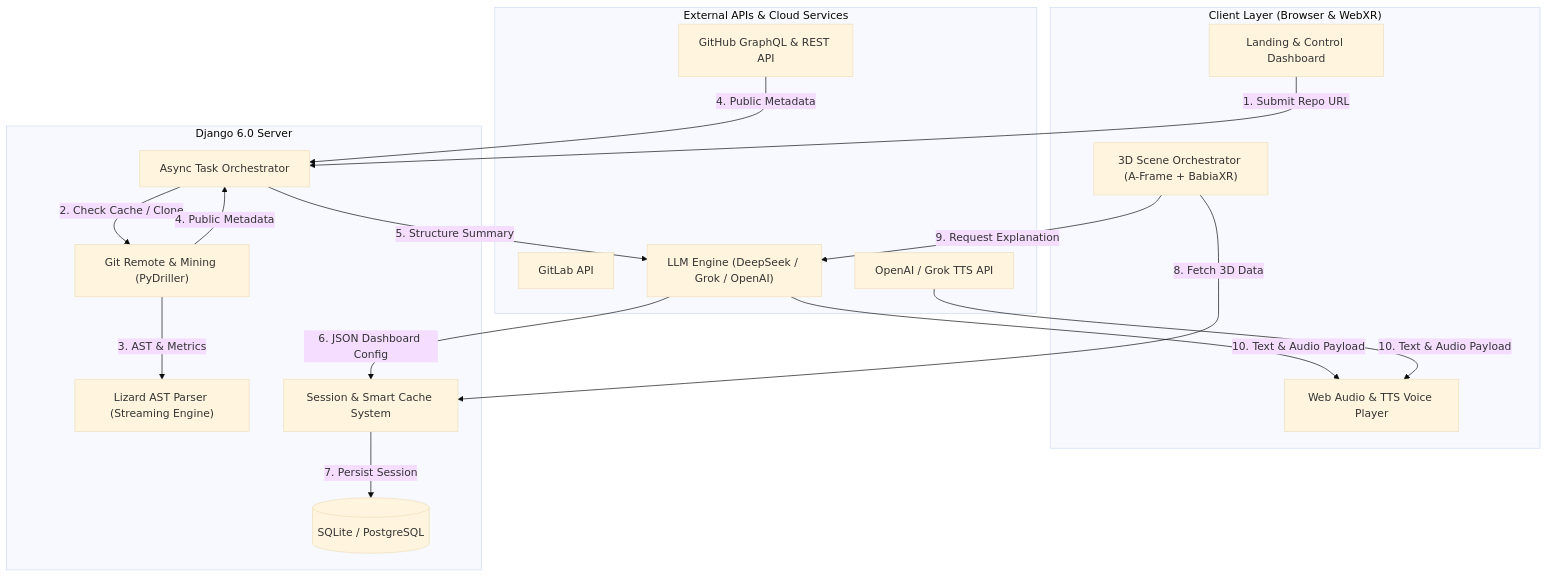
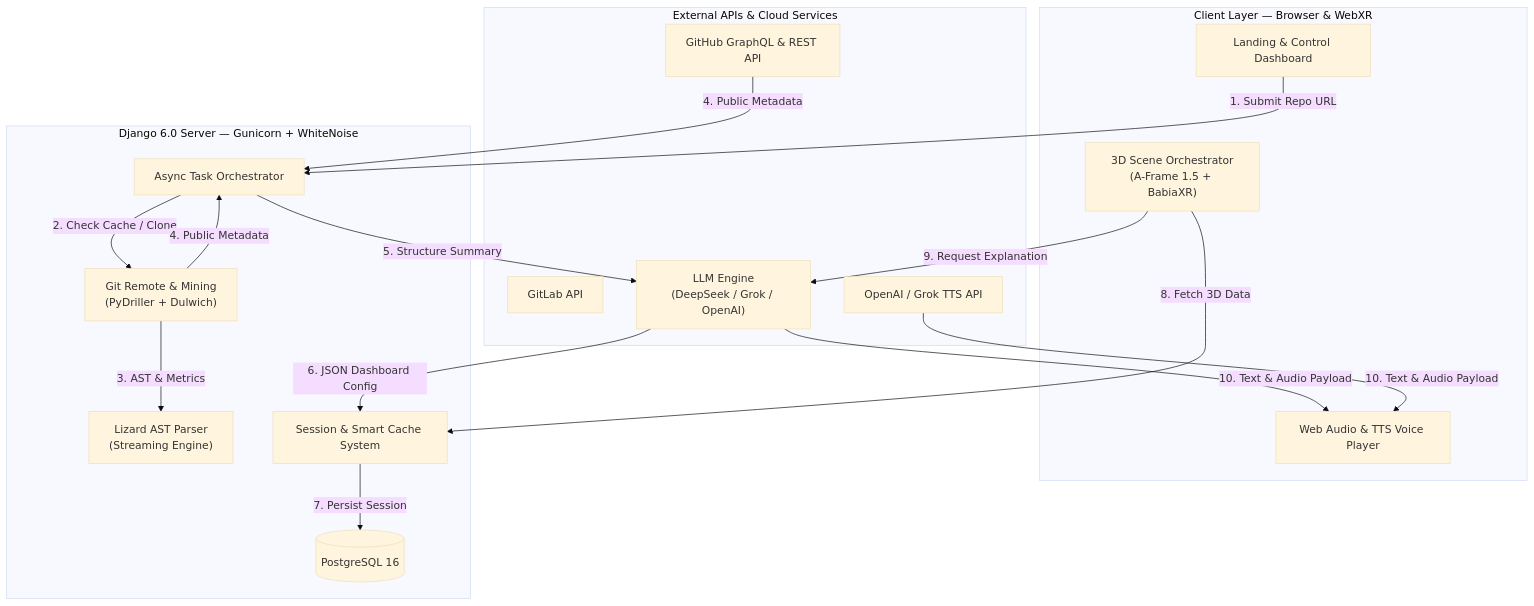
One commit to PiRuLeT4/ViZo changed the first of 2 diagrams in README.md. Above: the diagram before and after it, drawn with Mermaid (base theme). The commit also changed other lines of this file, not shown here.

````diff
--- a/README.md
+++ b/README.md
@@ -67,34 +76,34 @@
 ```mermaid
 flowchart TD
-    subgraph Frontend ["Client Layer (Browser & WebXR)"]
+    subgraph Frontend ["Client Layer — Browser & WebXR"]
         UI["Landing & Control Dashboard"]
-        Scene3D["3D Scene Orchestrator (A-Frame + BabiaXR)"]
+        Scene3D["3D Scene Orchestrator<br/>(A-Frame 1.5 + BabiaXR)"]
         TTSPlayer["Web Audio & TTS Voice Player"]
     end
 
-    subgraph Backend ["Django 6.0 Server"]
+    subgraph Backend ["Django 6.0 Server — Gunicorn + WhiteNoise"]
         Orchestrator["Async Task Orchestrator"]
-        GitRemote["Git Remote & Mining (PyDriller)"]
-        LizardEngine["Lizard AST Parser (Streaming Engine)"]
+        GitRemote["Git Remote & Mining<br/>(PyDriller + Dulwich)"]
+        LizardEngine["Lizard AST Parser<br/>(Streaming Engine)"]
         CacheManager["Session & Smart Cache System"]
-        DB[(SQLite / PostgreSQL)]
+        DB[("PostgreSQL 16")]
     end
 
     subgraph ExternalAPIs ["External APIs & Cloud Services"]
         GitHubAPI["GitHub GraphQL & REST API"]
         GitLabAPI["GitLab API"]
-        LLMProvider["LLM Engine (DeepSeek / Grok / OpenAI)"]
+        LLMProvider["LLM Engine<br/>(DeepSeek / Grok / OpenAI)"]
         TTSProvider["OpenAI / Grok TTS API"]
     end
 
     UI -->|1. Submit Repo URL| Orchestrator
     Orchestrator -->|2. Check Cache / Clone| GitRemote
     GitRemote -->|3. AST & Metrics| LizardEngine
     GitRemote & GitHubAPI -->|4. Public Metadata| Orchestrator
     Orchestrator -->|5. Structure Summary| LLMProvider
     LLMProvider -->|6. JSON Dashboard Config| CacheManager
     CacheManager -->|7. Persist Session| DB
     Scene3D -->|8. Fetch 3D Data| CacheManager
     Scene3D -->|9. Request Explanation| LLMProvider
     LLMProvider & TTSProvider -->|10. Text & Audio Payload| TTSPlayer
 ```
````
